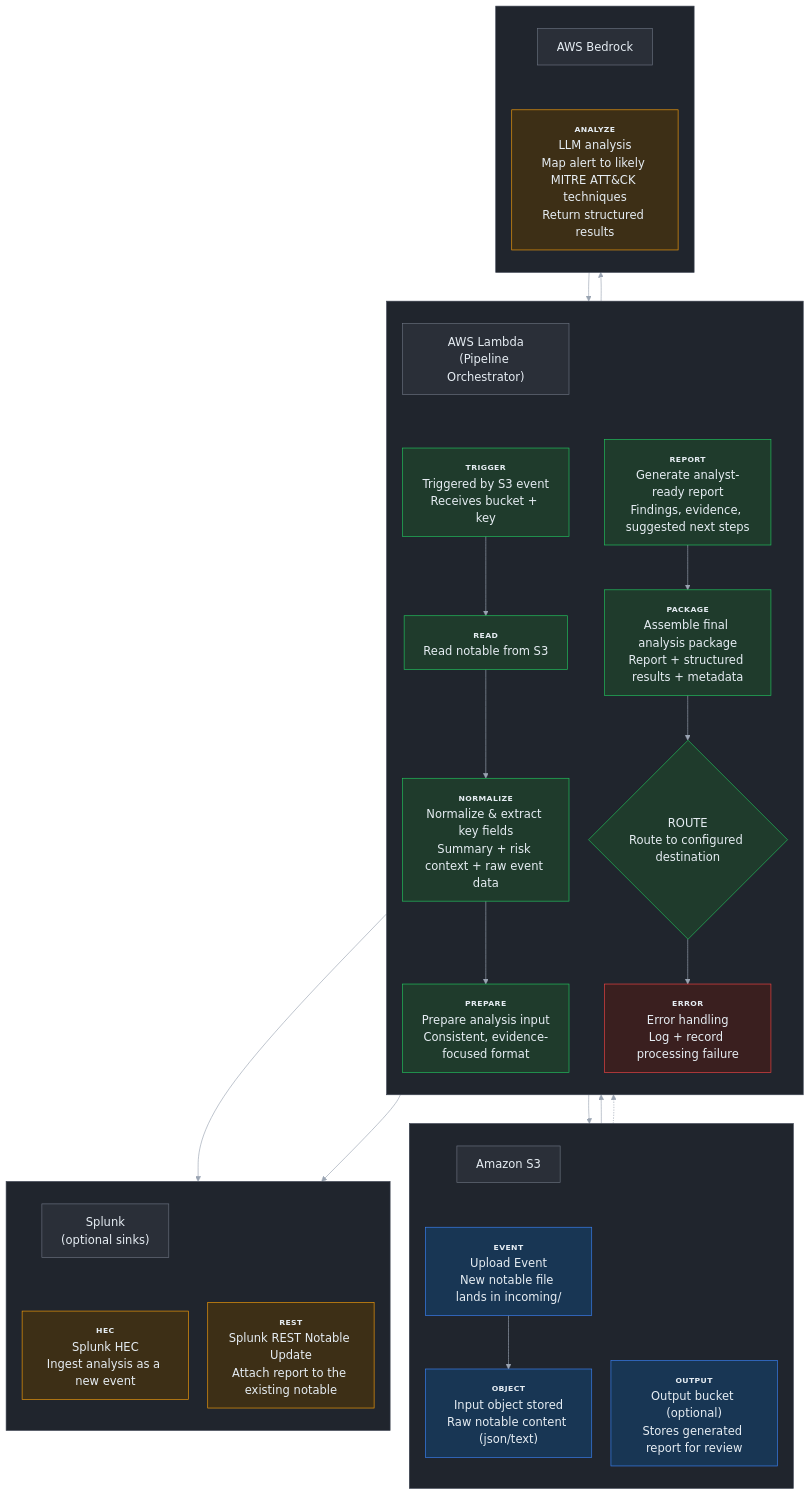
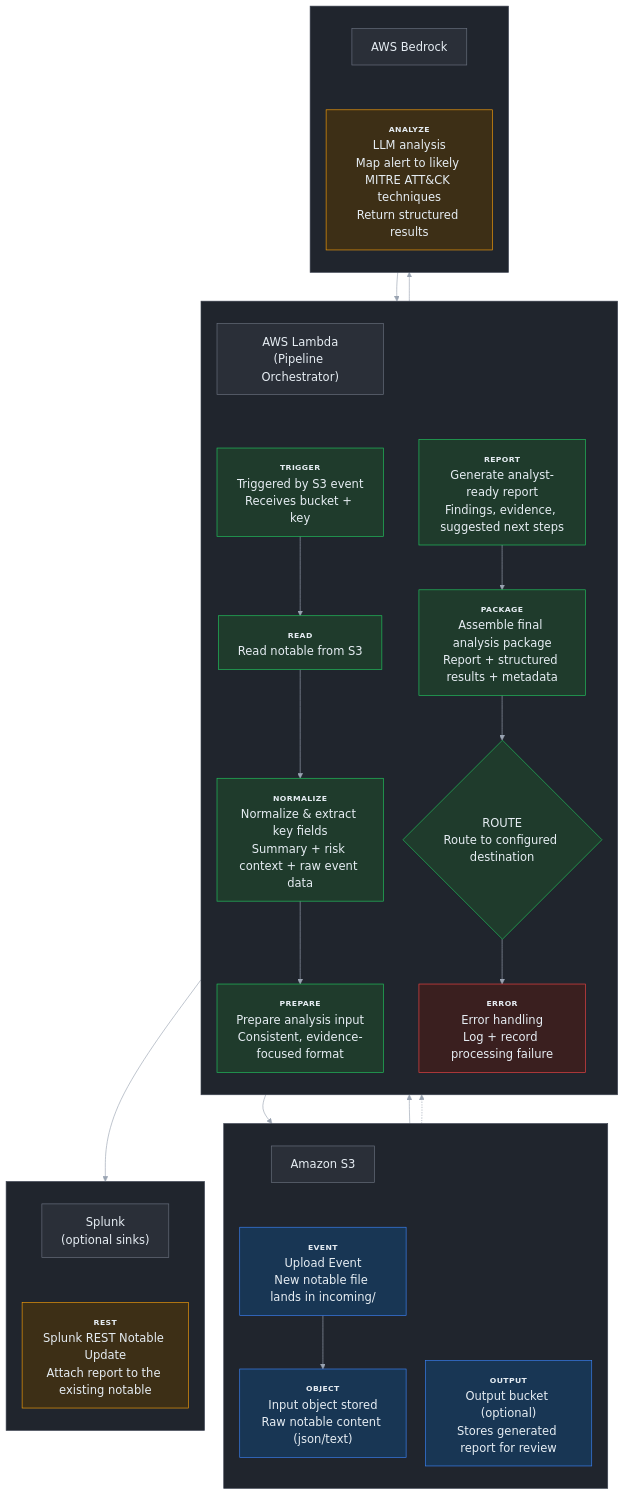
One commit to dreyna001/llm_notable_analysis changed the diagram in s3_notable_pipeline/architecture.mmd. Above: the diagram before and after it, drawn with Mermaid. The commit also changed 9 other files, not shown here.

First line of the commit message:
feat(s3_notable_pipeline): notable_rest dual S3 sink, Splunk secret ARN, remove HEC

```diff
--- a/s3_notable_pipeline/architecture.mmd
+++ b/s3_notable_pipeline/architecture.mmd
@@ -1,94 +1,92 @@
 %%{init: {
   "theme":"base",
   "flowchart": { "nodeSpacing": 30, "rankSpacing": 45 },
   "themeVariables":{
     "background":"#1f232a",
     "fontFamily":"Inter, Segoe UI, Roboto, Arial, sans-serif",
     "fontSize":"18px",
     "primaryColor":"#2a2f38",
     "primaryTextColor":"#e6edf3",
     "primaryBorderColor":"#6b7280",
     "lineColor":"#9aa4b2",
     "secondaryColor":"#242a33",
     "tertiaryColor":"#242a33",
     "clusterBkg":"#20252d",
     "clusterBorder":"#3b4250",
     "edgeLabelBackground":"#1f232a"
   }
 }}%%
 
 flowchart TD
     %% Executive swimlanes (delineate responsibilities; no code-level calls)
 
     subgraph S3[" "]
         direction TB
         s3title["Amazon S3"]
         s3put["<span style='font-size:12px; font-weight:700; letter-spacing:0.6px;'>EVENT</span><br/>Upload Event<br/>New notable file lands in incoming/"]
         s3in["<span style='font-size:12px; font-weight:700; letter-spacing:0.6px;'>OBJECT</span><br/>Input object stored<br/>Raw notable content (json/text)"]
         s3out["<span style='font-size:12px; font-weight:700; letter-spacing:0.6px;'>OUTPUT</span><br/>Output bucket (optional)<br/>Stores generated report for review"]
     end
 
     subgraph LAMBDA[" "]
         direction TB
         lambdatitle["AWS Lambda<br/>(Pipeline Orchestrator)"]
         recv["<span style='font-size:12px; font-weight:700; letter-spacing:0.6px;'>TRIGGER</span><br/>Triggered by S3 event<br/>Receives bucket + key"]
         fetch["<span style='font-size:12px; font-weight:700; letter-spacing:0.6px;'>READ</span><br/>Read notable from S3"]
         norm["<span style='font-size:12px; font-weight:700; letter-spacing:0.6px;'>NORMALIZE</span><br/>Normalize & extract key fields<br/>Summary + risk context + raw event data"]
         prep["<span style='font-size:12px; font-weight:700; letter-spacing:0.6px;'>PREPARE</span><br/>Prepare analysis input<br/>Consistent, evidence-focused format"]
         report["<span style='font-size:12px; font-weight:700; letter-spacing:0.6px;'>REPORT</span><br/>Generate analyst-ready report<br/>Findings, evidence, suggested next steps"]
         package["<span style='font-size:12px; font-weight:700; letter-spacing:0.6px;'>PACKAGE</span><br/>Assemble final analysis package<br/>Report + structured results + metadata"]
         route{"ROUTE<br/>Route to configured destination"}
         err["<span style='font-size:12px; font-weight:700; letter-spacing:0.6px;'>ERROR</span><br/>Error handling<br/>Log + record processing failure"]
     end
 
     subgraph BEDROCK[" "]
         direction TB
         bedrocktitle["AWS Bedrock"]
         llm["<span style='font-size:12px; font-weight:700; letter-spacing:0.6px;'>ANALYZE</span><br/>LLM analysis<br/>Map alert to likely MITRE ATT&CK techniques<br/>Return structured results"]
     end
 
     subgraph SPLUNK[" "]
         direction TB
         splunktitle["Splunk<br/>(optional sinks)"]
-        hec["<span style='font-size:12px; font-weight:700; letter-spacing:0.6px;'>HEC</span><br/>Splunk HEC<br/>Ingest analysis as a new event"]
         rest["<span style='font-size:12px; font-weight:700; letter-spacing:0.6px;'>REST</span><br/>Splunk REST Notable Update<br/>Attach report to the existing notable"]
     end
 
     %% Cross-service data flow (who calls what)
     %% Anchor lane titles to the top (hide these edges via linkStyle below)
     s3title --> s3put
     lambdatitle --> recv
     bedrocktitle --> llm
-    splunktitle --> hec
+    splunktitle --> rest
 
     s3put --> s3in
     s3put --> recv
     recv --> fetch
     s3in -.-> fetch
 
     fetch --> norm --> prep --> llm --> report --> package --> route
 
     route --> s3out
-    route --> hec
     route --> rest
     route --> err
 
     %% Hide the 4 title-anchor edges (keep real data flow edges visible)
     linkStyle 0 stroke-width:0,opacity:0
     linkStyle 1 stroke-width:0,opacity:0
     linkStyle 2 stroke-width:0,opacity:0
     linkStyle 3 stroke-width:0,opacity:0
 
     %% Light styling for readability
     classDef laneTitle fill:#2a2f38,stroke:#6b7280,stroke-width:1px,color:#e6edf3;
     classDef store fill:#183654,stroke:#3b82f6,stroke-width:1px,color:#e6edf3;
     classDef compute fill:#1f3b2c,stroke:#22c55e,stroke-width:1px,color:#e6edf3;
     classDef external fill:#3d2f16,stroke:#f59e0b,stroke-width:1px,color:#e6edf3;
     classDef error fill:#3a1f1f,stroke:#ef4444,stroke-width:1px,color:#e6edf3;
 
     class s3title,lambdatitle,bedrocktitle,splunktitle laneTitle;
     class s3put,s3in,s3out store;
     class recv,fetch,norm,prep,report,package,route compute;
     class llm external;
-    class hec,rest external;
+    class rest external;
     class err error;
```
